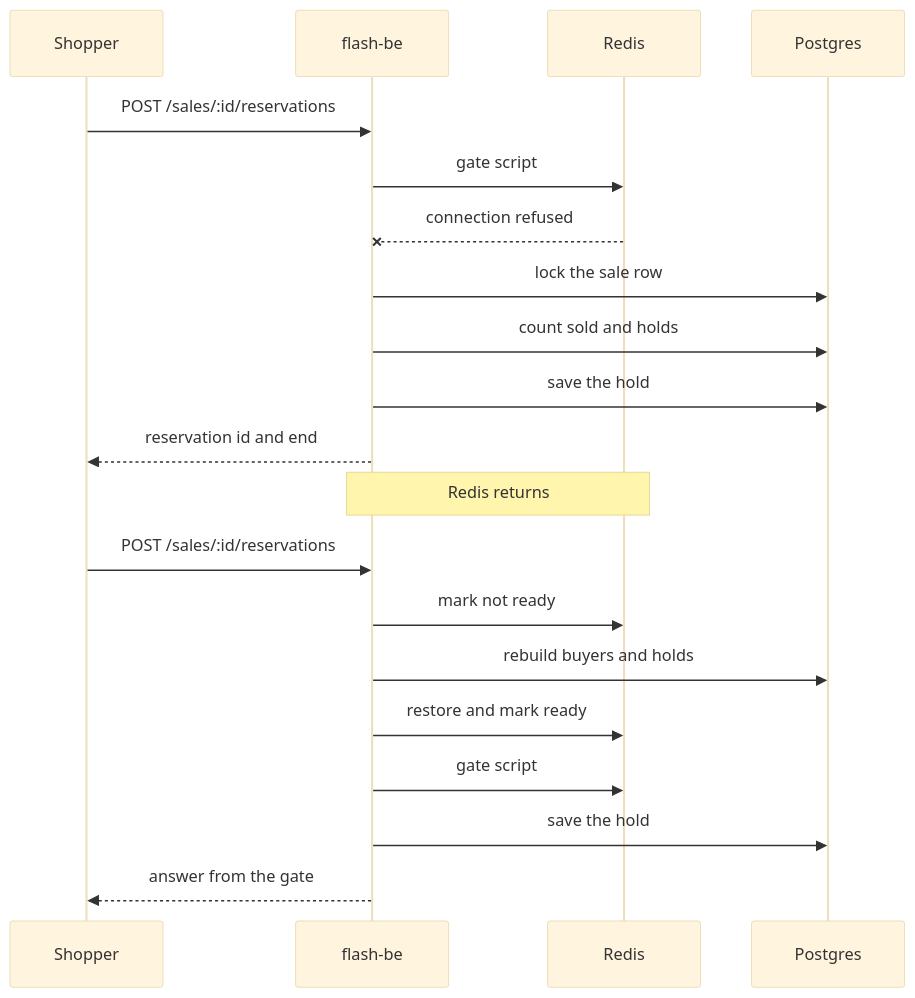
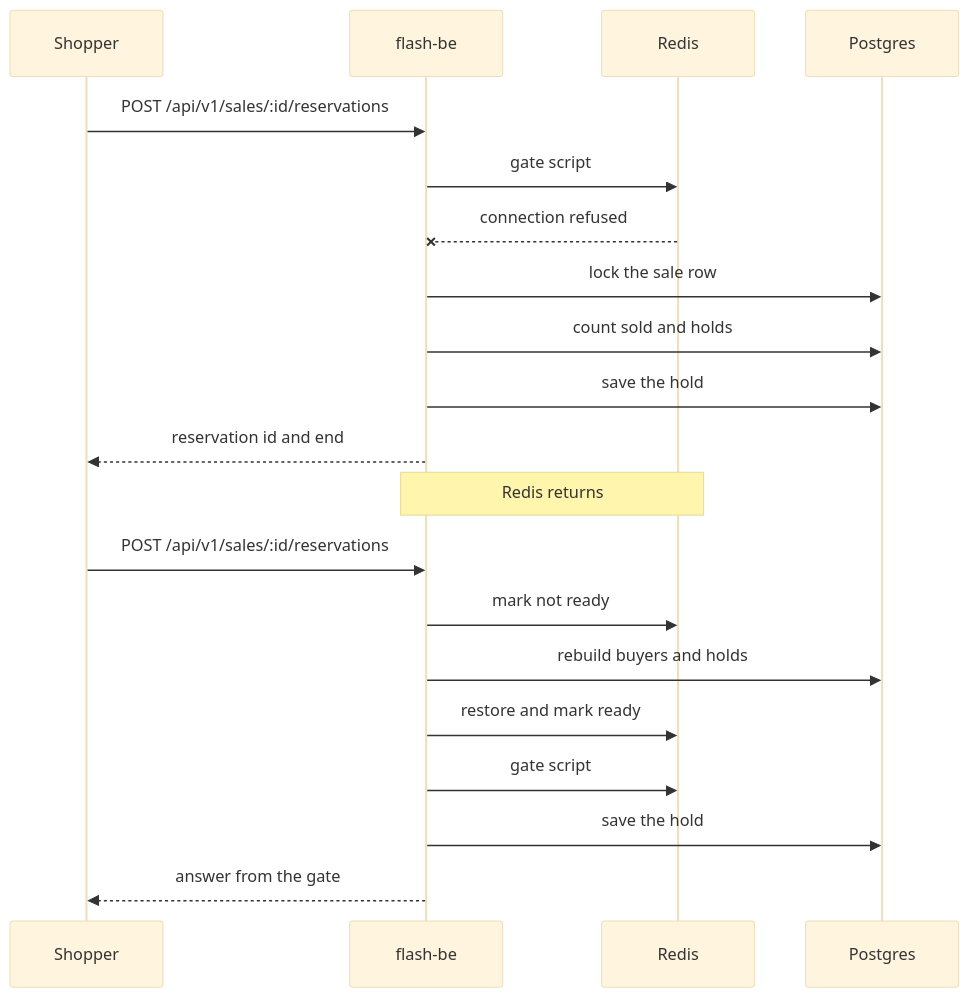
Before and after one commit to wahidyankf/coding-itv-js-flashsale: the fourth of 4 diagrams in specs/apps/flash/c4/sequences.md, drawn with Mermaid (base theme). The commit also changed other lines of this file and 111 other files, not shown here.

````diff
--- a/specs/apps/flash/c4/sequences.md
+++ b/specs/apps/flash/c4/sequences.md
@@ -236,24 +236,24 @@
 ```mermaid
 sequenceDiagram
   accTitle: Redis goes away
   accDescr: When Redis fails, the API admits the shopper without a line. A reservation is decided in Postgres under the sale row lock, which counts sold items and live holds. When Redis returns, the next reservation marks the gate not ready, one instance rebuilds it from Postgres, and the gate is used again.
   participant S as Shopper
   participant A as flash-be
   participant R as Redis
   participant P as Postgres
-  S->>A: POST /sales/:id/reservations
+  S->>A: POST /api/v1/sales/:id/reservations
   A->>R: gate script
   R--xA: connection refused
   A->>P: lock the sale row
   A->>P: count sold and holds
   A->>P: save the hold
   A-->>S: reservation id and end
   Note over A,R: Redis returns
-  S->>A: POST /sales/:id/reservations
+  S->>A: POST /api/v1/sales/:id/reservations
   A->>R: mark not ready
   A->>P: rebuild buyers and holds
   A->>R: restore and mark ready
   A->>R: gate script
   A->>P: save the hold
   A-->>S: answer from the gate
 ```
````
